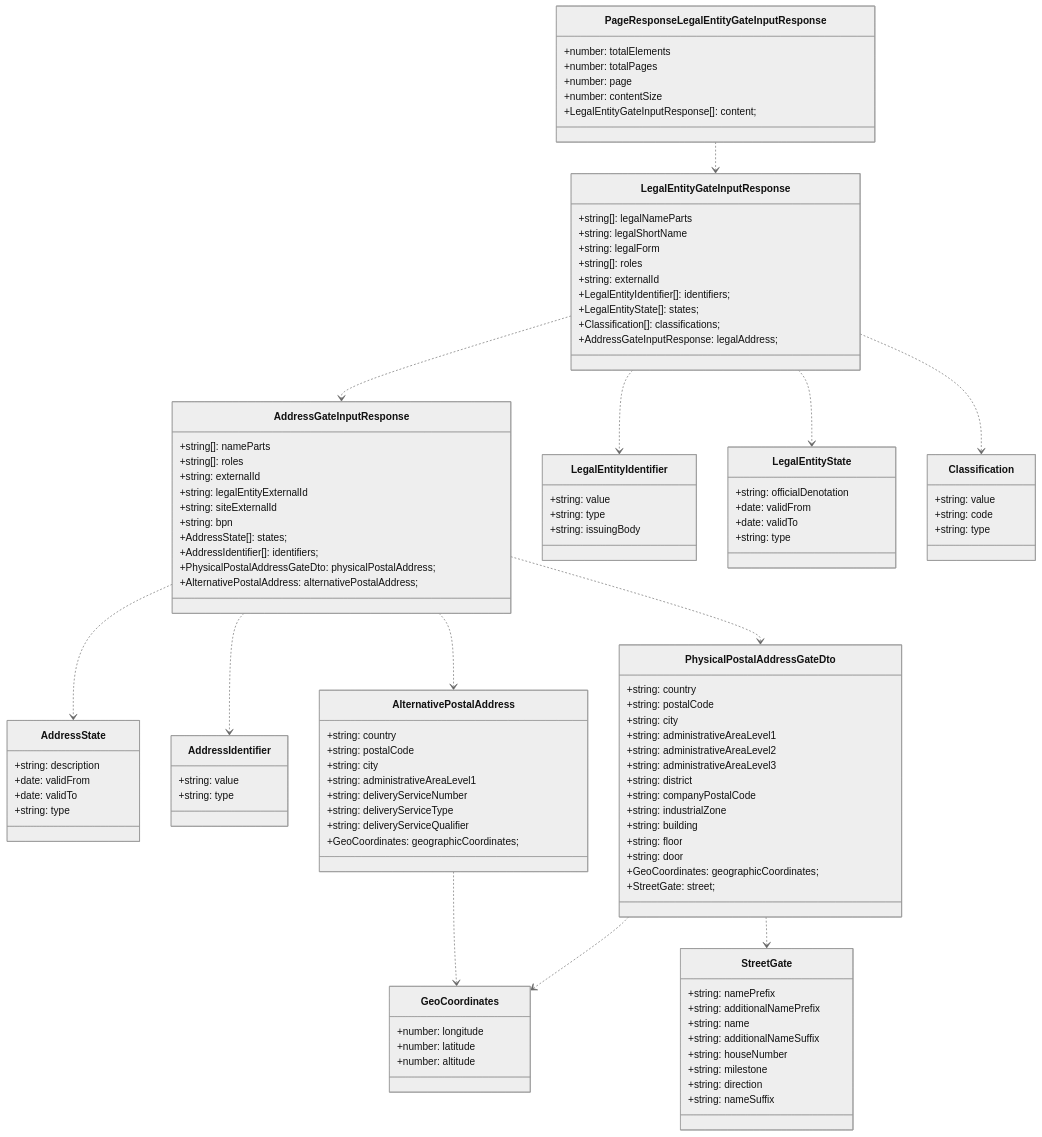
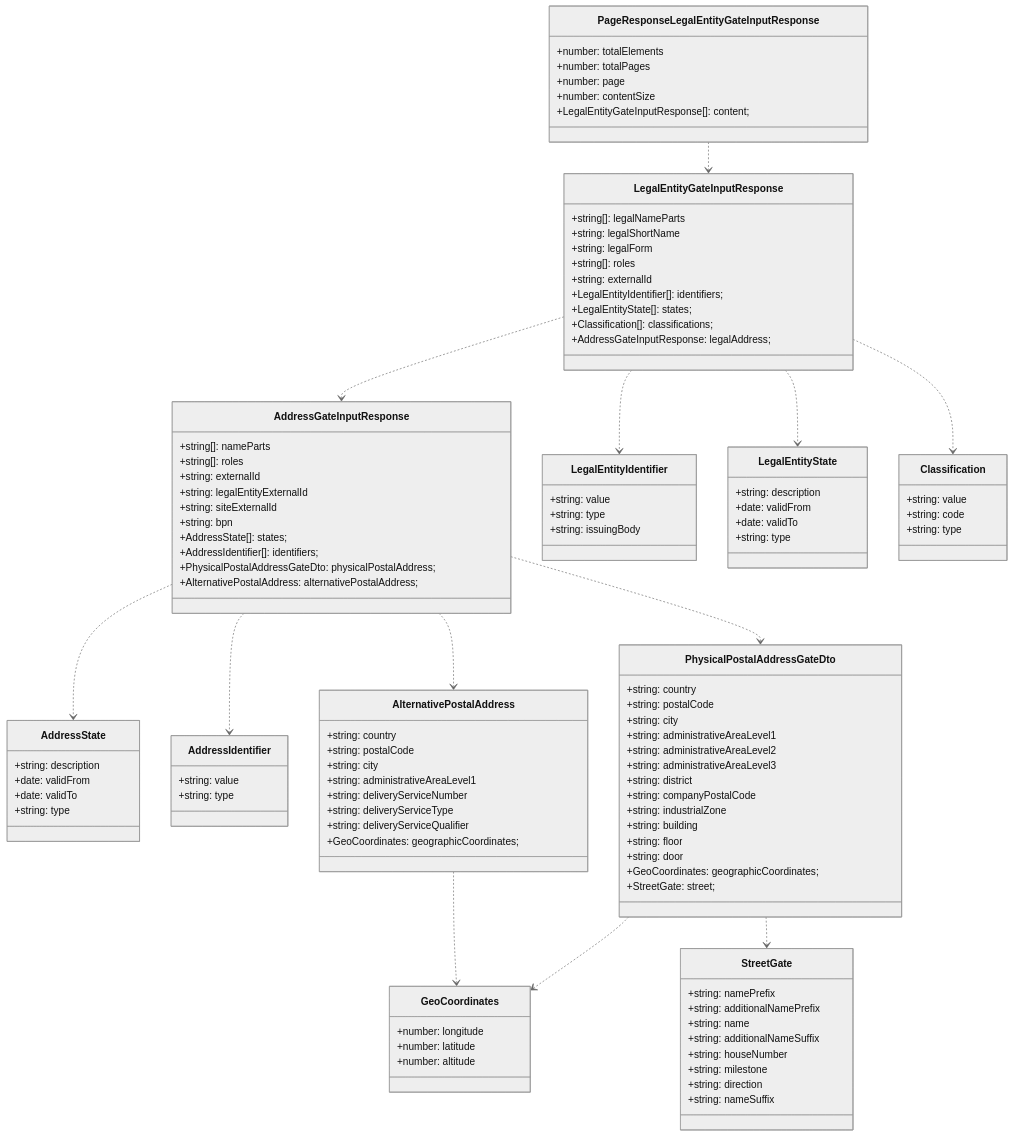
One commit to eclipse-tractusx/bpdm changed the diagram in docs/model/api/gate/legalentity-controller/response/page-response-legalentity-gate-input-response.md. Above: the diagram before and after it, drawn with Mermaid (neutral theme). The commit also changed 14 other files, not shown here.

```diff
--- a/docs/model/api/gate/legalentity-controller/response/page-response-legalentity-gate-input-response.md
+++ b/docs/model/api/gate/legalentity-controller/response/page-response-legalentity-gate-input-response.md
@@ -73,7 +73,7 @@
 +string: issuingBody
 }
 class LegalEntityState{
-+string: officialDenotation
++string: description
 +date: validFrom
 +date: validTo
 +string: type
```
